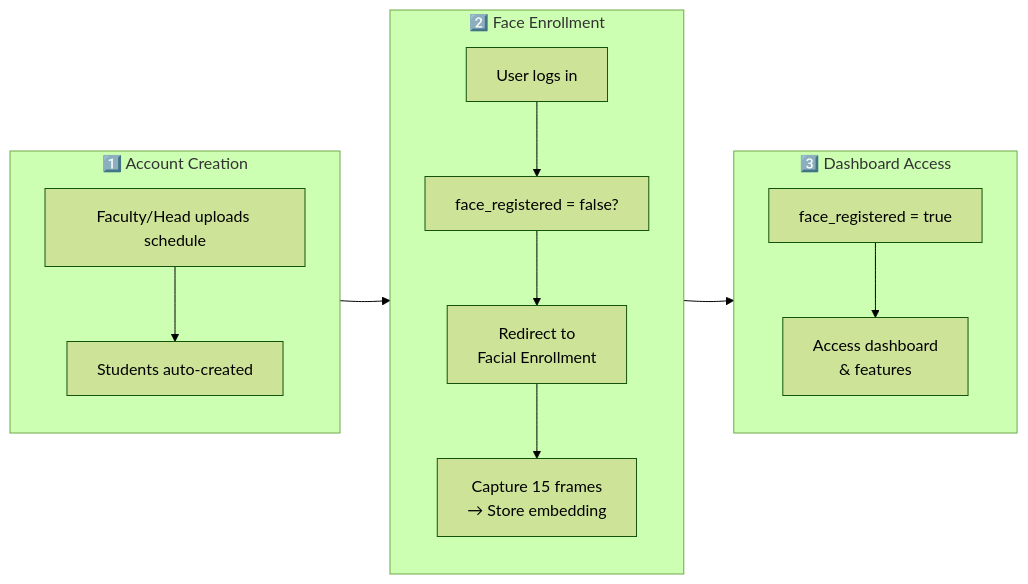
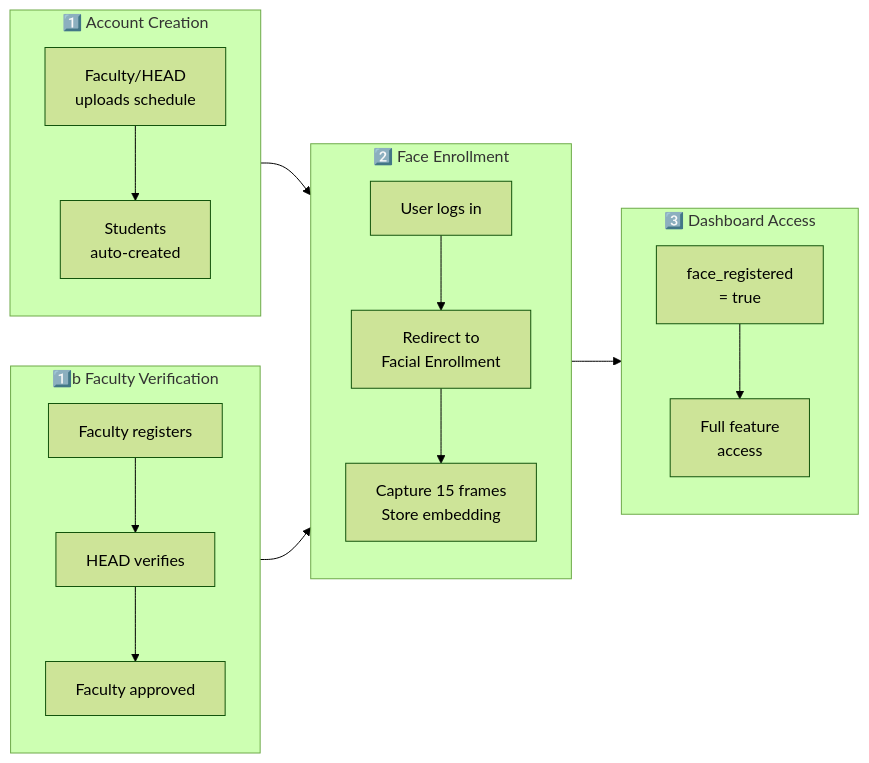
One commit to EannMon/FRAMESCAPSTONE changed the fourth of 14 diagrams in documentation/database/FRAMES_Data_Flow_Diagram.md. Above: the diagram before and after it, drawn with Mermaid (forest theme). The commit also changed other lines of this file and 1 other file, not shown here.

````diff
--- a/documentation/database/FRAMES_Data_Flow_Diagram.md
+++ b/documentation/database/FRAMES_Data_Flow_Diagram.md
@@ -63,28 +132,35 @@
 ```mermaid
 flowchart LR
     subgraph STEP1["1️⃣ Account Creation"]
         direction TB
-        A1["Faculty/Head uploads schedule"]
-        A2["Students auto-created"]
+        A1["Faculty/HEAD<br/>uploads schedule"]
+        A2["Students<br/>auto-created"]
         A1 --> A2
+    end
+
+    subgraph STEP1B["1️⃣b Faculty Verification"]
+        direction TB
+        V1["Faculty registers"]
+        V2["HEAD verifies"]
+        V3["Faculty approved"]
+        V1 --> V2 --> V3
     end
 
     subgraph STEP2["2️⃣ Face Enrollment"]
         direction TB
         B1["User logs in"]
-        B2["face_registered = false?"]
-        B3["Redirect to\nFacial Enrollment"]
-        B4["Capture 15 frames\n→ Store embedding"]
-        B1 --> B2 --> B3 --> B4
+        B2["Redirect to<br/>Facial Enrollment"]
+        B3["Capture 15 frames<br/>Store embedding"]
+        B1 --> B2 --> B3
     end
 
     subgraph STEP3["3️⃣ Dashboard Access"]
         direction TB
-        C1["face_registered = true"]
-        C2["Access dashboard\n& features"]
+        C1["face_registered<br/>= true"]
+        C2["Full feature<br/>access"]
         C1 --> C2
     end
 
-    STEP1 ~~~ STEP2 ~~~ STEP3
     STEP1 --> STEP2 --> STEP3
+    STEP1B --> STEP2
 ```
````
